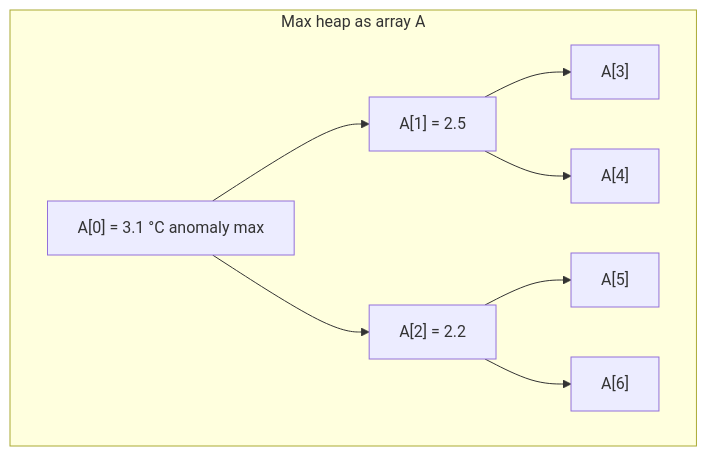
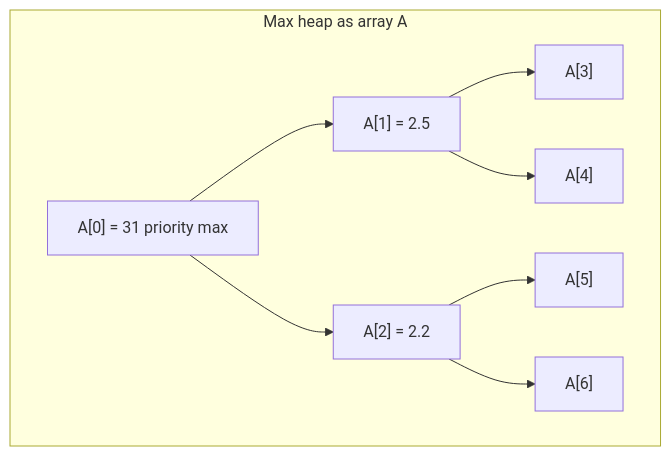
The first of 8 diagrams in docs/dsa/data-structures/max-heap/index.md (qgjones9/python-programming-guide), drawn with Mermaid before and after one commit. The commit also changed other lines of this file and 31 other files, not shown here.

````diff
--- a/docs/dsa/data-structures/max-heap/index.md
+++ b/docs/dsa/data-structures/max-heap/index.md
@@ -32,12 +32,12 @@
 ```mermaid
 flowchart TB
-  subgraph heap["Max heap as array A"]
-    R["A[0] = 3.1 °C anomaly max"]
-    R --> L["A[1] = 2.5"]
-    R --> RC["A[2] = 2.2"]
-    L --> LL["A[3]"]
-    L --> LR["A[4]"]
-    RC --> RL["A[5]"]
-    RC --> RR["A[6]"]
-  end
+ subgraph heap["Max heap as array A"]
+ R["A[0] = 31 priority max"]
+ R --> L["A[1] = 2.5"]
+ R --> RC["A[2] = 2.2"]
+ L --> LL["A[3]"]
+ L --> LR["A[4]"]
+ RC --> RL["A[5]"]
+ RC --> RR["A[6]"]
+ end
 ```
````
